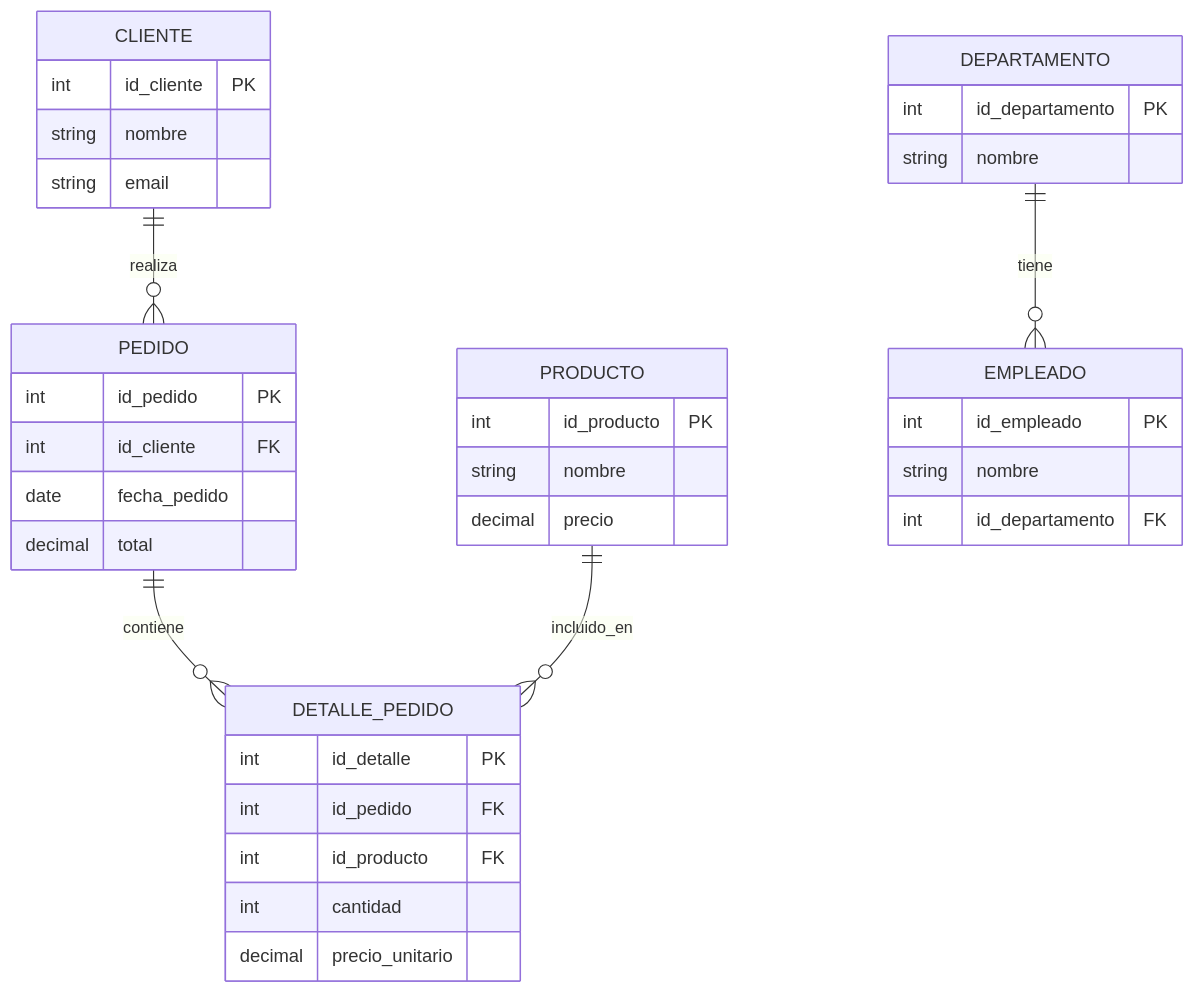
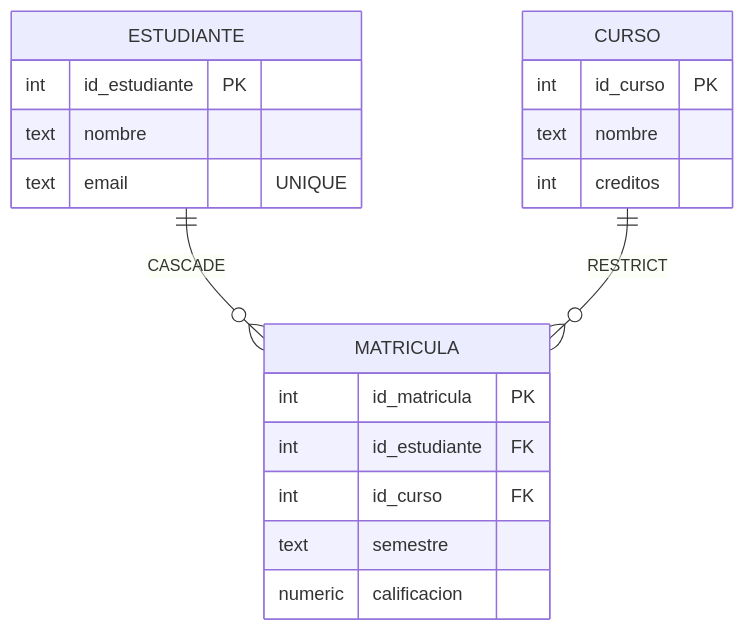
Before and after one commit to djaimej/computer-science-template: the diagram in public/documents/semester-5/3/5383.md, drawn with Mermaid. The commit also changed other lines of this file and 3 other files, not shown here.

````diff
--- a/public/documents/semester-5/3/5383.md
+++ b/public/documents/semester-5/3/5383.md
@@ -93,44 +44,22 @@
 ```mermaid
 erDiagram
-    CLIENTE ||--o{ PEDIDO : realiza
-    CLIENTE {
-        int id_cliente PK
-        string nombre
-        string email
+    ESTUDIANTE ||--o{ MATRICULA : "CASCADE"
+    CURSO ||--o{ MATRICULA : "RESTRICT"
+    ESTUDIANTE {
+        int id_estudiante PK
+        text nombre
+        text email "UNIQUE"
     }
-
-    PEDIDO ||--o{ DETALLE_PEDIDO : contiene
-    PEDIDO {
-        int id_pedido PK
-        int id_cliente FK
-        date fecha_pedido
-        decimal total
+    CURSO {
+        int id_curso PK
+        text nombre
+        int creditos
     }
-
-    PRODUCTO ||--o{ DETALLE_PEDIDO : incluido_en
-    PRODUCTO {
-        int id_producto PK
-        string nombre
-        decimal precio
-    }
-
-    DETALLE_PEDIDO {
-        int id_detalle PK
-        int id_pedido FK
-        int id_producto FK
-        int cantidad
-        decimal precio_unitario
-    }
-
-    DEPARTAMENTO ||--o{ EMPLEADO : tiene
-    DEPARTAMENTO {
-        int id_departamento PK
-        string nombre
-    }
-
-    EMPLEADO {
-        int id_empleado PK
-        string nombre
-        int id_departamento FK
+    MATRICULA {
+        int id_matricula PK
+        int id_estudiante FK
+        int id_curso FK
+        text semestre
+        numeric calificacion
     }
 ```
````
